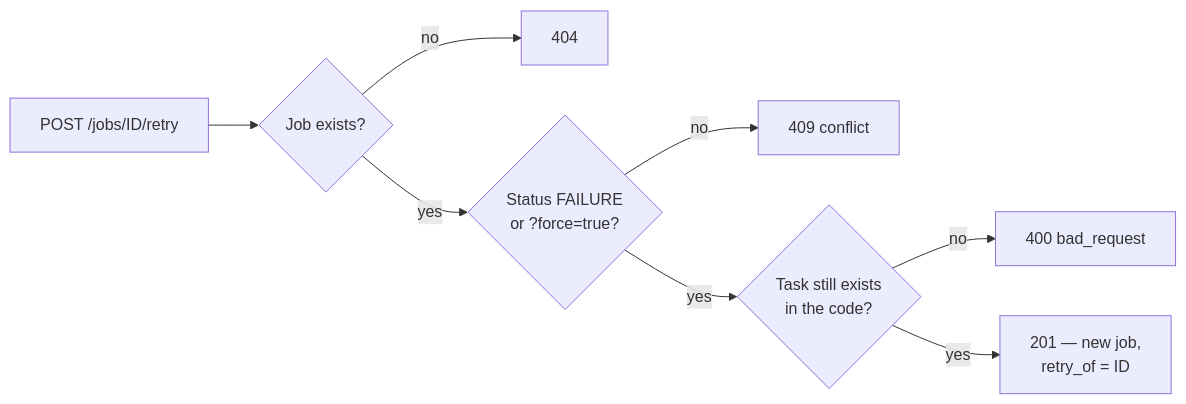
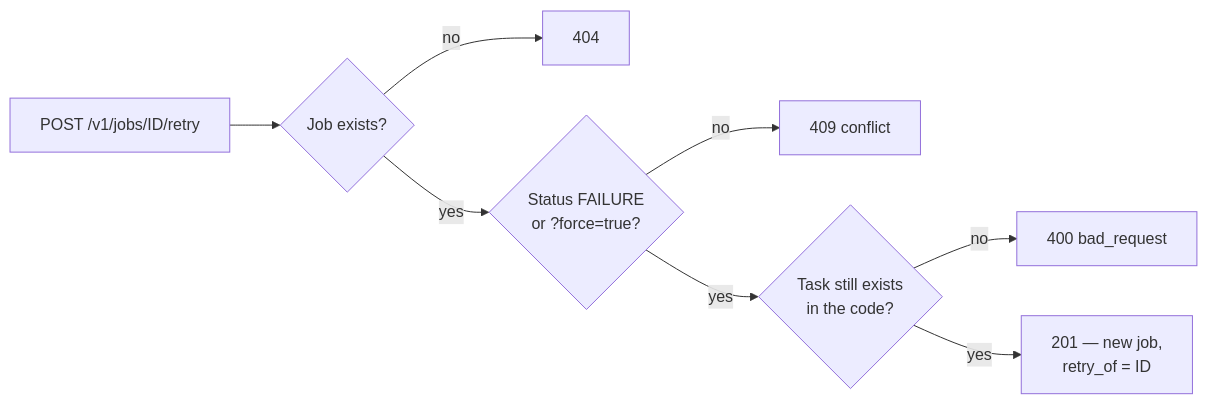
One commit to ravibhushan29/JobScheduler changed the second of 3 diagrams in docs/05-using-the-api.md. Above: the diagram before and after it, drawn with Mermaid. The commit also changed other lines of this file and 101 other files, not shown here.

````diff
--- a/docs/05-using-the-api.md
+++ b/docs/05-using-the-api.md
@@ -148,10 +152,10 @@
 ```mermaid
 flowchart LR
-    A[POST /jobs/ID/retry] --> B{Job exists?}
+    A[POST /v1/jobs/ID/retry] --> B{Job exists?}
     B -->|no| N[404]
     B -->|yes| C{Status FAILURE<br/>or ?force=true?}
     C -->|no| D[409 conflict]
     C -->|yes| E{Task still exists<br/>in the code?}
     E -->|no| F[400 bad_request]
     E -->|yes| G["201 — new job,<br/>retry_of = ID"]
 ```
````
